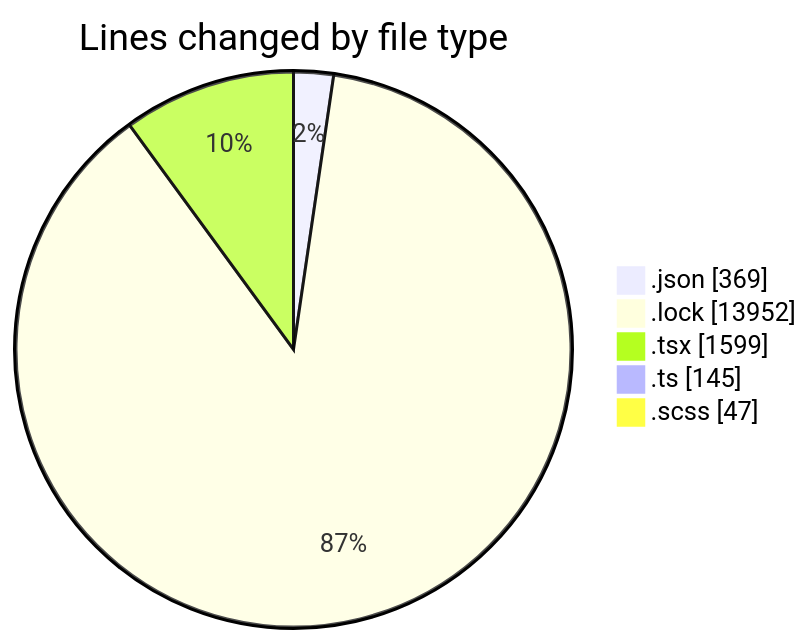
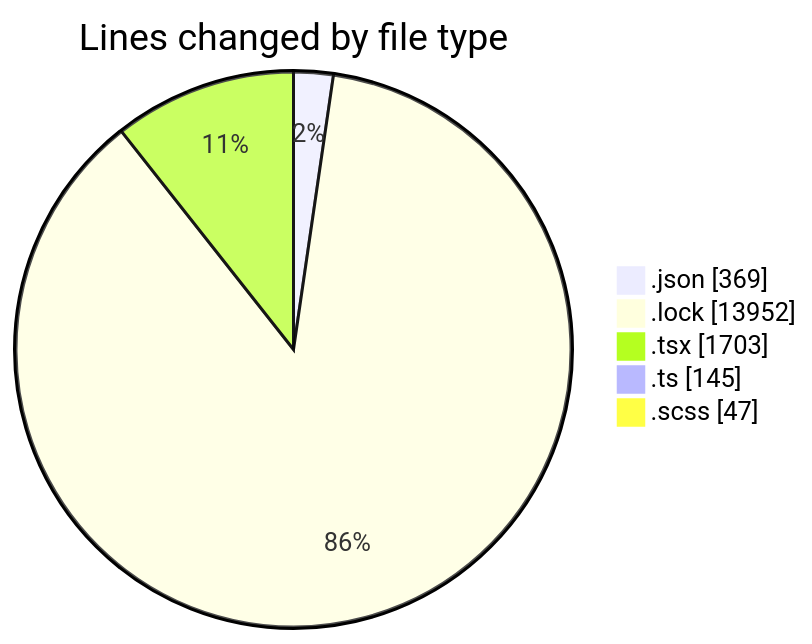
One commit to momahboobian/code-tracking changed the first of 2 diagrams in 2026-05-14/cda/README.md. Above: the diagram before and after it, drawn with Mermaid. The commit also changed other lines of this file and 1 other file, not shown here.

````diff
--- a/2026-05-14/cda/README.md
+++ b/2026-05-14/cda/README.md
@@ -33,9 +33,9 @@
 ```mermaid
 pie showData
 title Lines changed by file type
 ".json" : 369
 ".lock" : 13952
-".tsx" : 1599
+".tsx" : 1703
 ".ts" : 145
 ".scss" : 47
 ```
````
